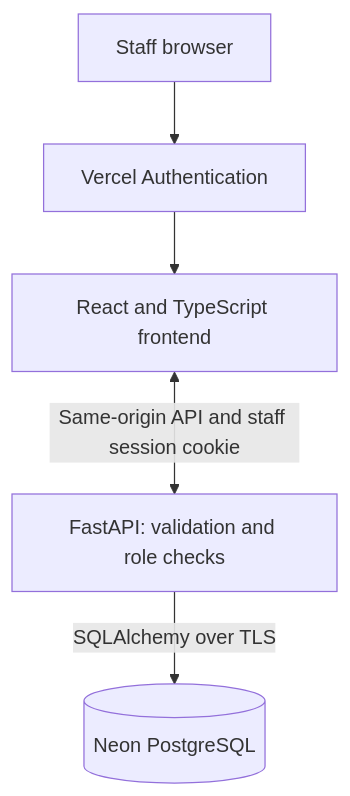
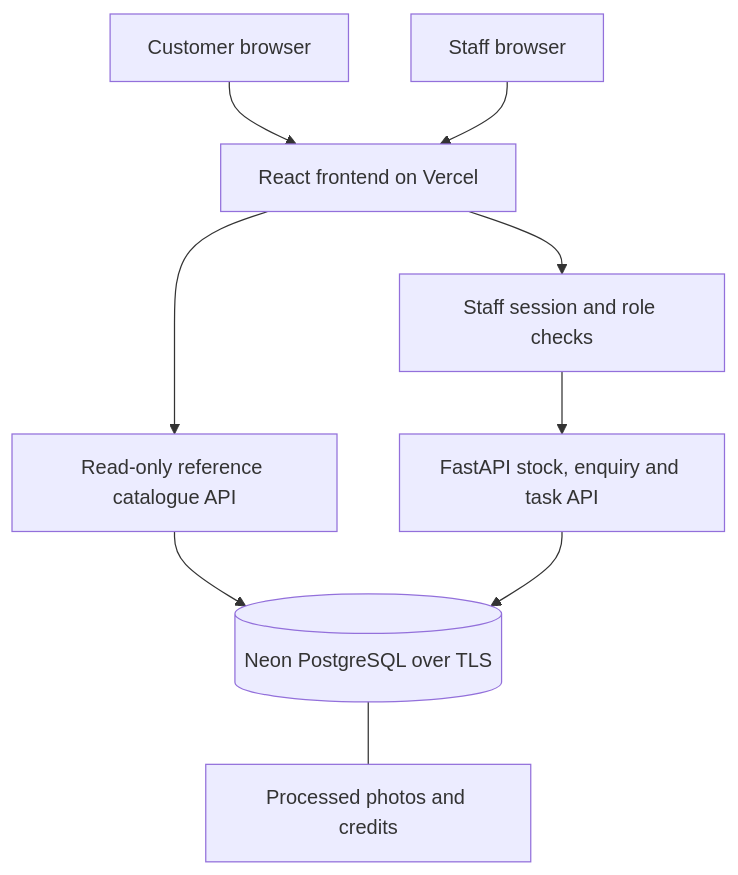
Before and after one commit to mohanoor-ai/dealer-desk: the diagram in README.md, drawn with Mermaid. The commit also changed other lines of this file and 16 other files, not shown here.

````diff
--- a/README.md
+++ b/README.md
@@ -27,7 +57,11 @@
 ```mermaid
 flowchart TB
-    Staff[Staff browser] --> Gate[Vercel Authentication]
-    Gate --> UI[React and TypeScript frontend]
-    UI <-->|Same-origin API and staff session cookie| API[FastAPI: validation and role checks]
-    API -->|SQLAlchemy over TLS| DB[(Neon PostgreSQL)]
+    Visitor[Customer browser] --> Web[React frontend on Vercel]
+    Staff[Staff browser] --> Web
+    Web --> Catalogue[Read-only reference catalogue API]
+    Web --> Auth[Staff session and role checks]
+    Auth --> API[FastAPI stock, enquiry and task API]
+    Catalogue --> DB[(Neon PostgreSQL over TLS)]
+    API --> DB
+    DB --- Media[Processed photos and credits]
 ```
````
